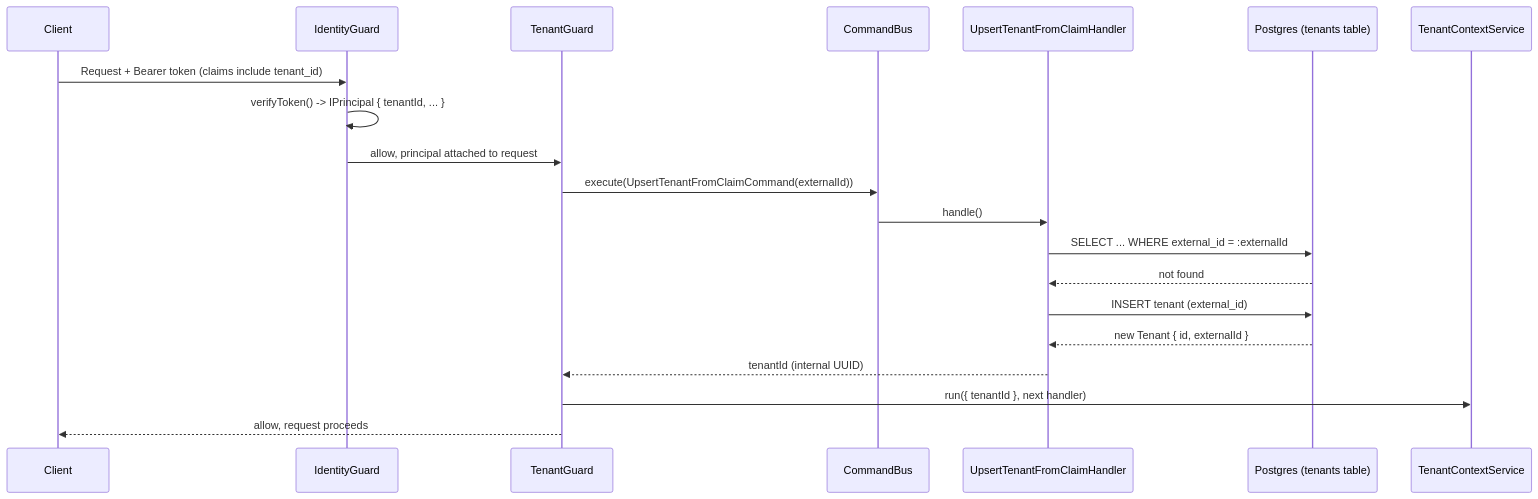
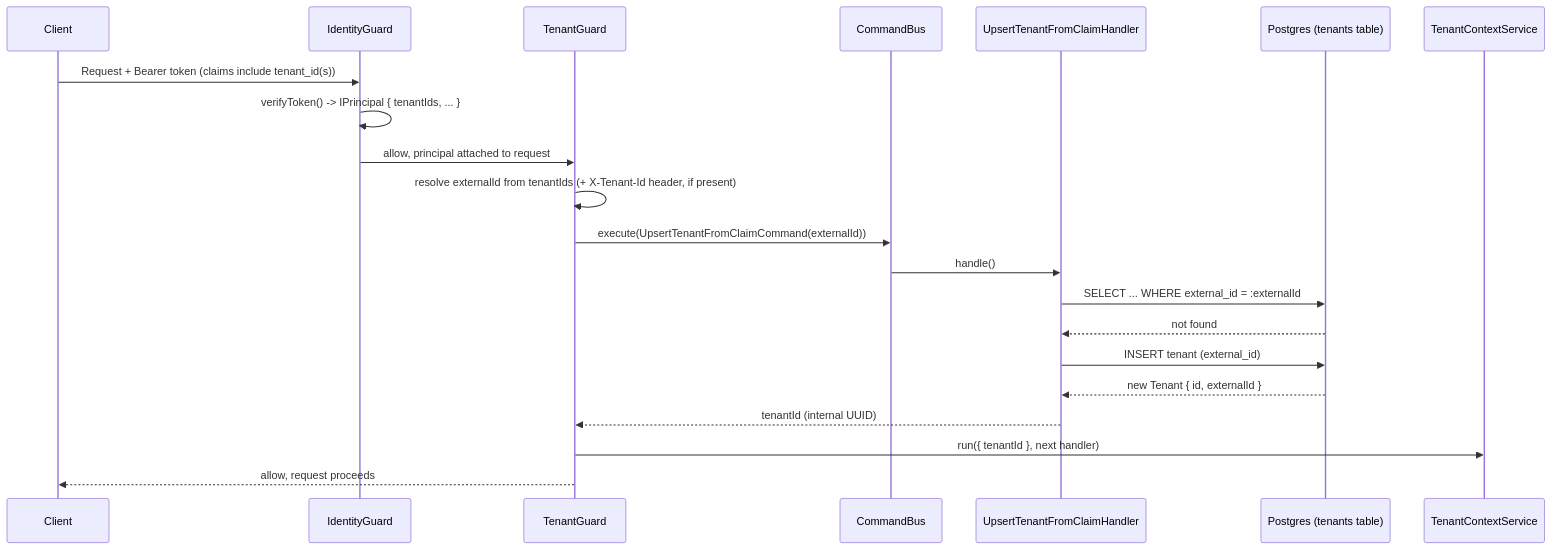
The first of 2 diagrams in openspec/changes/add-tenant-context/design.md (sisques-labs/nestjs-template), drawn with Mermaid before and after one commit. The commit also changed other lines of this file and 22 other files, not shown here.

First line of the commit message:
feat(identity,tenancy): support multi-tenant principals via X-Tenant-Id (T6)

````diff
--- a/openspec/changes/add-tenant-context/design.md
+++ b/openspec/changes/add-tenant-context/design.md
@@ -150,23 +163,24 @@
 ```mermaid
 sequenceDiagram
     participant Client
     participant IdentityGuard
     participant TenantGuard
     participant CommandBus
     participant Handler as UpsertTenantFromClaimHandler
     participant DB as Postgres (tenants table)
     participant TenantContext as TenantContextService
 
-    Client->>IdentityGuard: Request + Bearer token (claims include tenant_id)
-    IdentityGuard->>IdentityGuard: verifyToken() -> IPrincipal { tenantId, ... }
+    Client->>IdentityGuard: Request + Bearer token (claims include tenant_id(s))
+    IdentityGuard->>IdentityGuard: verifyToken() -> IPrincipal { tenantIds, ... }
     IdentityGuard->>TenantGuard: allow, principal attached to request
+    TenantGuard->>TenantGuard: resolve externalId from tenantIds (+ X-Tenant-Id header, if present)
     TenantGuard->>CommandBus: execute(UpsertTenantFromClaimCommand(externalId))
     CommandBus->>Handler: handle()
     Handler->>DB: SELECT ... WHERE external_id = :externalId
     DB-->>Handler: not found
     Handler->>DB: INSERT tenant (external_id)
     DB-->>Handler: new Tenant { id, externalId }
     Handler-->>TenantGuard: tenantId (internal UUID)
     TenantGuard->>TenantContext: run({ tenantId }, next handler)
     TenantGuard-->>Client: allow, request proceeds
 ```
````
